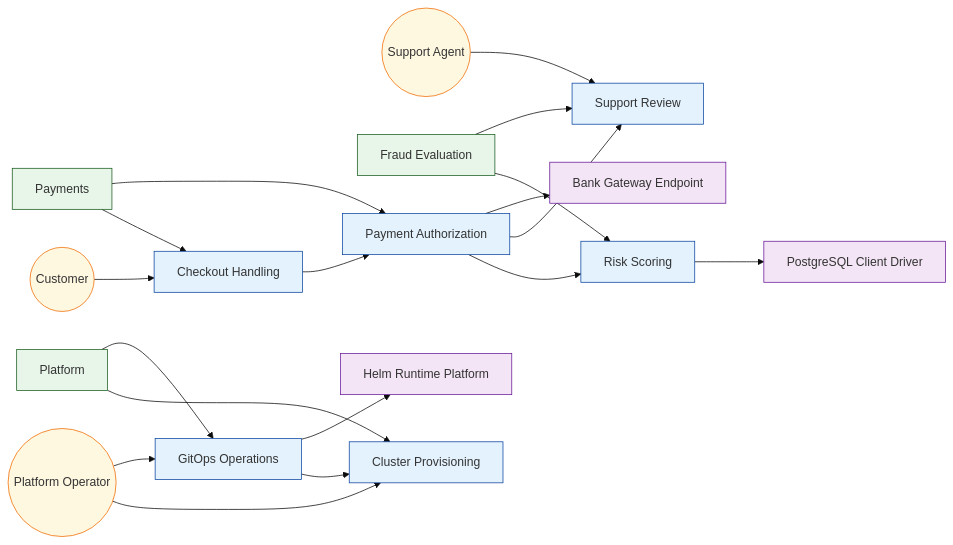
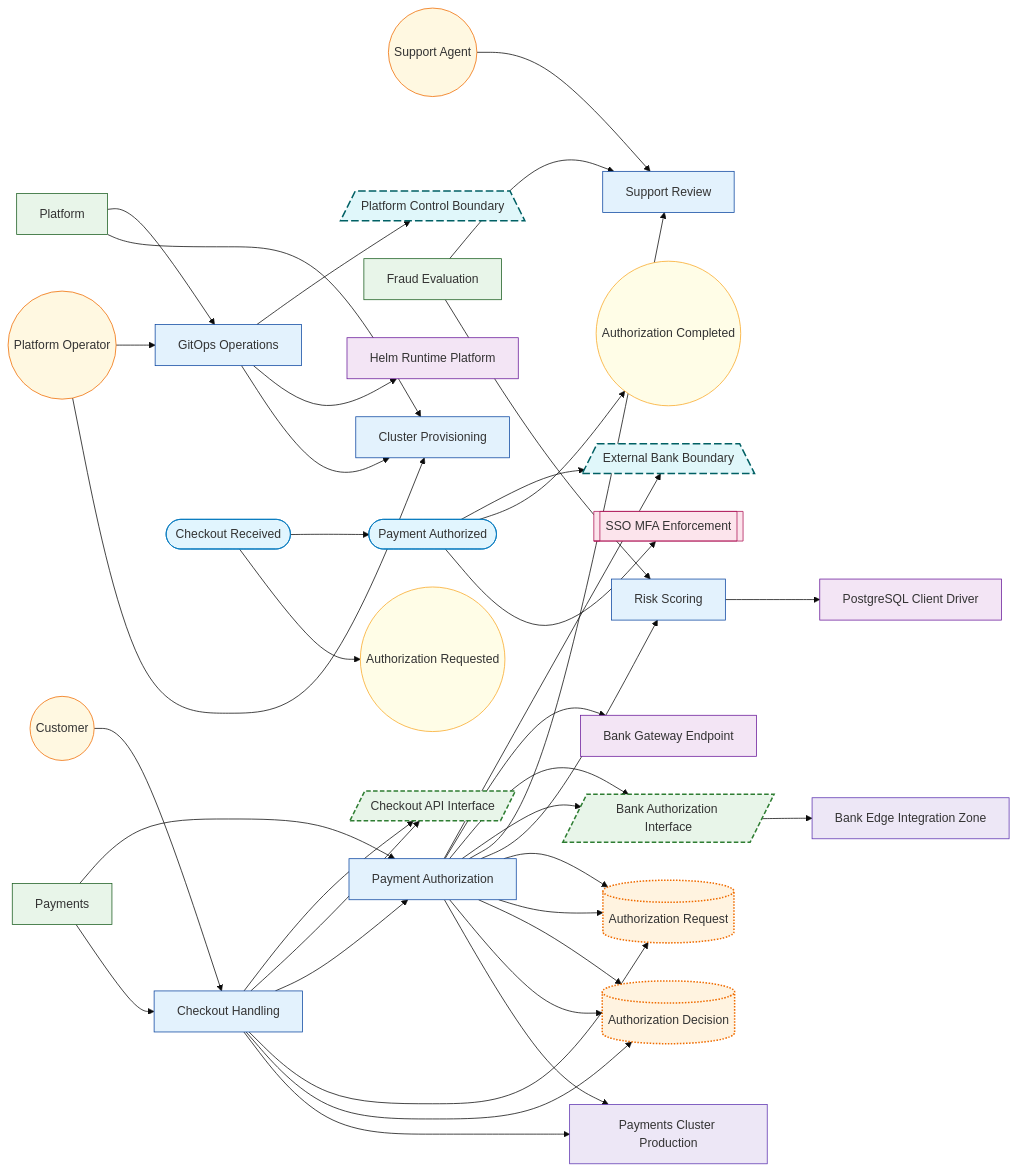
The diagram in examples/payments-engineering-sample/generated/VIEW-ARCHITECTURE-INTENT.mmd (labeth/engineering-model-go), drawn with Mermaid (base theme) before and after one commit. The commit also changed 66 other files, not shown here.

```diff
--- a/examples/payments-engineering-sample/generated/VIEW-ARCHITECTURE-INTENT.mmd
+++ b/examples/payments-engineering-sample/generated/VIEW-ARCHITECTURE-INTENT.mmd
@@ -1,49 +1,82 @@
 flowchart LR
 %% view: VIEW-ARCHITECTURE-INTENT (architecture-intent)
 N_ACT_CUSTOMER(("Customer")):::actor
 N_ACT_PLATFORM_OPERATOR(("Platform Operator")):::actor
 N_ACT_SUPPORT(("Support Agent")):::actor
+N_CTRL_PAYMENTS_SSO_MFA[["SSO MFA Enforcement"]]:::control
+N_DO_PAYMENTS_AUTH_DECISION[("Authorization Decision")]:::data_object
+N_DO_PAYMENTS_AUTH_REQUEST[("Authorization Request")]:::data_object
+N_DEP_PAYMENTS_BANK_EDGE["Bank Edge Integration Zone"]:::deployment_target
+N_DEP_PAYMENTS_CLUSTER_PROD["Payments Cluster Production"]:::deployment_target
+N_EVT_PAYMENTS_AUTH_COMPLETED(("Authorization Completed")):::event
+N_EVT_PAYMENTS_AUTH_REQUESTED(("Authorization Requested")):::event
 N_FG_FRAUD["Fraud Evaluation"]:::functional_group
 N_FG_PAYMENTS["Payments"]:::functional_group
 N_FG_PLATFORM["Platform"]:::functional_group
 N_FU_CHECKOUT["Checkout Handling"]:::functional_unit
 N_FU_CLUSTER_PROVISIONING["Cluster Provisioning"]:::functional_unit
 N_FU_GITOPS_OPERATIONS["GitOps Operations"]:::functional_unit
 N_FU_PAYMENT_AUTHORIZATION["Payment Authorization"]:::functional_unit
 N_FU_RISK_SCORING["Risk Scoring"]:::functional_unit
 N_FU_SUPPORT_REVIEW["Support Review"]:::functional_unit
+N_IF_PAYMENTS_BANK_AUTH[/"Bank Authorization Interface"/]:::interface
+N_IF_PAYMENTS_CHECKOUT_API[/"Checkout API Interface"/]:::interface
 N_REF_BANK_GATEWAY_ENDPOINT["Bank Gateway Endpoint"]:::referenced_element
 N_REF_HELM_PLATFORM["Helm Runtime Platform"]:::referenced_element
 N_REF_POSTGRES_DRIVER["PostgreSQL Client Driver"]:::referenced_element
+N_STATE_PAYMENTS_AUTHORIZED(["Payment Authorized"]):::state
+N_STATE_PAYMENTS_CHECKOUT_RECEIVED(["Checkout Received"]):::state
+N_TB_PAYMENTS_EXTERNAL_BANK[/"External Bank Boundary"\]:::trust_boundary
+N_TB_PAYMENTS_PLATFORM_CONTROL[/"Platform Control Boundary"\]:::trust_boundary
 N_ACT_CUSTOMER --> N_FU_CHECKOUT
 N_ACT_PLATFORM_OPERATOR --> N_FU_CLUSTER_PROVISIONING
 N_ACT_PLATFORM_OPERATOR --> N_FU_GITOPS_OPERATIONS
 N_ACT_SUPPORT --> N_FU_SUPPORT_REVIEW
 N_FG_FRAUD --> N_FU_RISK_SCORING
 N_FG_FRAUD --> N_FU_SUPPORT_REVIEW
 N_FG_PAYMENTS --> N_FU_CHECKOUT
 N_FG_PAYMENTS --> N_FU_PAYMENT_AUTHORIZATION
 N_FG_PLATFORM --> N_FU_CLUSTER_PROVISIONING
 N_FG_PLATFORM --> N_FU_GITOPS_OPERATIONS
+N_FU_CHECKOUT --> N_DEP_PAYMENTS_CLUSTER_PROD
+N_FU_CHECKOUT --> N_DO_PAYMENTS_AUTH_DECISION
+N_FU_CHECKOUT --> N_DO_PAYMENTS_AUTH_REQUEST
 N_FU_CHECKOUT --> N_FU_PAYMENT_AUTHORIZATION
+N_FU_CHECKOUT --> N_IF_PAYMENTS_CHECKOUT_API
+N_FU_CHECKOUT --> N_IF_PAYMENTS_CHECKOUT_API
 N_FU_GITOPS_OPERATIONS --> N_FU_CLUSTER_PROVISIONING
 N_FU_GITOPS_OPERATIONS --> N_REF_HELM_PLATFORM
+N_FU_GITOPS_OPERATIONS --> N_TB_PAYMENTS_PLATFORM_CONTROL
+N_FU_PAYMENT_AUTHORIZATION --> N_DEP_PAYMENTS_CLUSTER_PROD
+N_FU_PAYMENT_AUTHORIZATION --> N_DO_PAYMENTS_AUTH_DECISION
+N_FU_PAYMENT_AUTHORIZATION --> N_DO_PAYMENTS_AUTH_DECISION
+N_FU_PAYMENT_AUTHORIZATION --> N_DO_PAYMENTS_AUTH_REQUEST
+N_FU_PAYMENT_AUTHORIZATION --> N_DO_PAYMENTS_AUTH_REQUEST
 N_FU_PAYMENT_AUTHORIZATION --> N_FU_RISK_SCORING
 N_FU_PAYMENT_AUTHORIZATION --> N_FU_SUPPORT_REVIEW
+N_FU_PAYMENT_AUTHORIZATION --> N_IF_PAYMENTS_BANK_AUTH
+N_FU_PAYMENT_AUTHORIZATION --> N_IF_PAYMENTS_BANK_AUTH
 N_FU_PAYMENT_AUTHORIZATION --> N_REF_BANK_GATEWAY_ENDPOINT
+N_FU_PAYMENT_AUTHORIZATION --> N_TB_PAYMENTS_EXTERNAL_BANK
 N_FU_RISK_SCORING --> N_REF_POSTGRES_DRIVER
+N_IF_PAYMENTS_BANK_AUTH --> N_DEP_PAYMENTS_BANK_EDGE
+N_STATE_PAYMENTS_AUTHORIZED --> N_CTRL_PAYMENTS_SSO_MFA
+N_STATE_PAYMENTS_AUTHORIZED --> N_EVT_PAYMENTS_AUTH_COMPLETED
+N_STATE_PAYMENTS_AUTHORIZED --> N_TB_PAYMENTS_EXTERNAL_BANK
+N_STATE_PAYMENTS_CHECKOUT_RECEIVED --> N_EVT_PAYMENTS_AUTH_REQUESTED
+N_STATE_PAYMENTS_CHECKOUT_RECEIVED --> N_STATE_PAYMENTS_AUTHORIZED
 classDef functional_group fill:#e8f5e9,stroke:#1b5e20,stroke-width:1px;
 classDef functional_unit fill:#e3f2fd,stroke:#0d47a1,stroke-width:1px;
 classDef actor fill:#fff8e1,stroke:#ef6c00,stroke-width:1px;
 classDef attack_vector fill:#ffebee,stroke:#b71c1c,stroke-width:1px;
 classDef referenced_element fill:#f3e5f5,stroke:#6a1b9a,stroke-width:1px;
-classDef interface fill:#e8f5e9,stroke:#2e7d32,stroke-width:1px;
-classDef data_object fill:#fff3e0,stroke:#ef6c00,stroke-width:1px;
+classDef interface fill:#e8f5e9,stroke:#2e7d32,stroke-width:2px,stroke-dasharray: 6 3;
+classDef data_object fill:#fff3e0,stroke:#ef6c00,stroke-width:2px,stroke-dasharray: 2 2;
 classDef deployment_target fill:#ede7f6,stroke:#5e35b1,stroke-width:1px;
 classDef control fill:#fce4ec,stroke:#ad1457,stroke-width:1px;
-classDef trust_boundary fill:#e0f7fa,stroke:#006064,stroke-width:1px;
+classDef trust_boundary fill:#e0f7fa,stroke:#006064,stroke-width:2px,stroke-dasharray: 10 4;
 classDef state fill:#e1f5fe,stroke:#0277bd,stroke-width:1px;
 classDef event fill:#fffde7,stroke:#f9a825,stroke-width:1px;
-classDef flow fill:#ede7f6,stroke:#4527a0,stroke-width:1px;
-classDef flow_step fill:#f1f8e9,stroke:#33691e,stroke-width:1px;
+classDef flow fill:#ede7f6,stroke:#4527a0,stroke-width:2px;
+classDef flow_step fill:#f1f8e9,stroke:#33691e,stroke-width:2px;
 classDef unknown fill:#ffffff,stroke:#adb5bd,stroke-width:1px;
```
